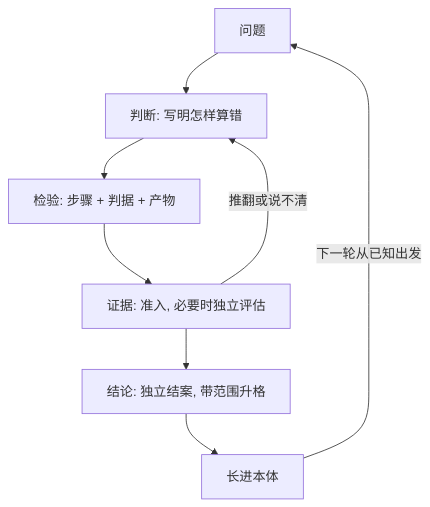
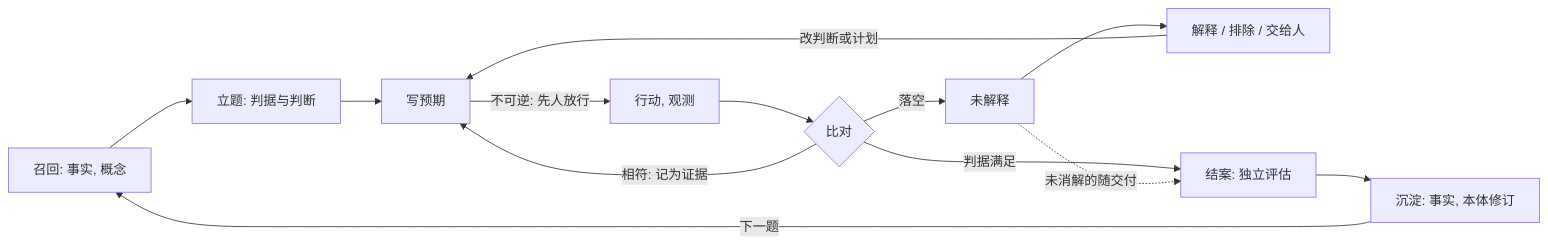
Before and after one commit to Clearailhc/clearai-dsh: the diagram in docs/epistemic-loop.zh-CN.md, drawn with Mermaid. The commit also changed other lines of this file and 25 other files, not shown here.

````diff
--- a/docs/epistemic-loop.zh-CN.md
+++ b/docs/epistemic-loop.zh-CN.md
@@ -22,10 +23,15 @@
 ```mermaid
-flowchart TD
-    Q[问题] --> J[判断: 写明怎样算错]
-    J --> T[检验: 步骤 + 判据 + 产物]
-    T --> E[证据: 准入, 必要时独立评估]
-    E -->|推翻或说不清| J
-    E --> C[结论: 独立结案, 带范围升格]
-    C --> O[长进本体]
-    O -->|下一轮从已知出发| Q
+flowchart LR
+    R[召回: 事实, 概念] --> F[立题: 判据与判断]
+    F --> X[写预期]
+    X -->|不可逆: 先人放行| A[行动, 观测]
+    A --> C{比对}
+    C -->|相符: 记为证据| X
+    C -->|落空| U[未解释]
+    U --> S[解释 / 排除 / 交给人]
+    S -->|改判断或计划| X
+    C -->|判据满足| Z[结案: 独立评估]
+    U -.未消解的随交付.-> Z
+    Z --> D[沉淀: 事实, 本体修订]
+    D -->|下一题| R
 ```
````
